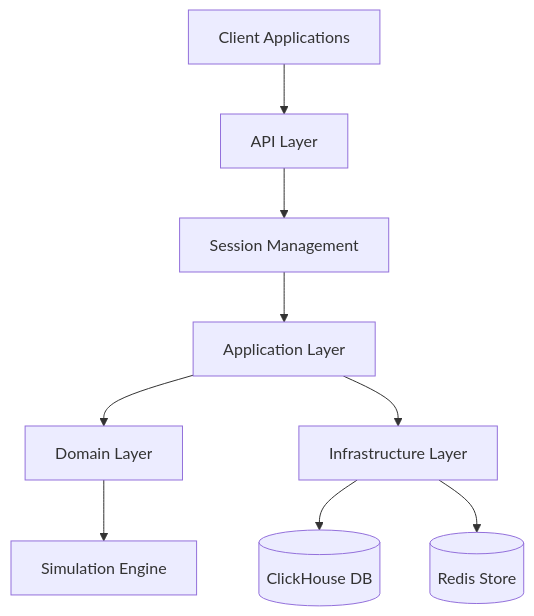
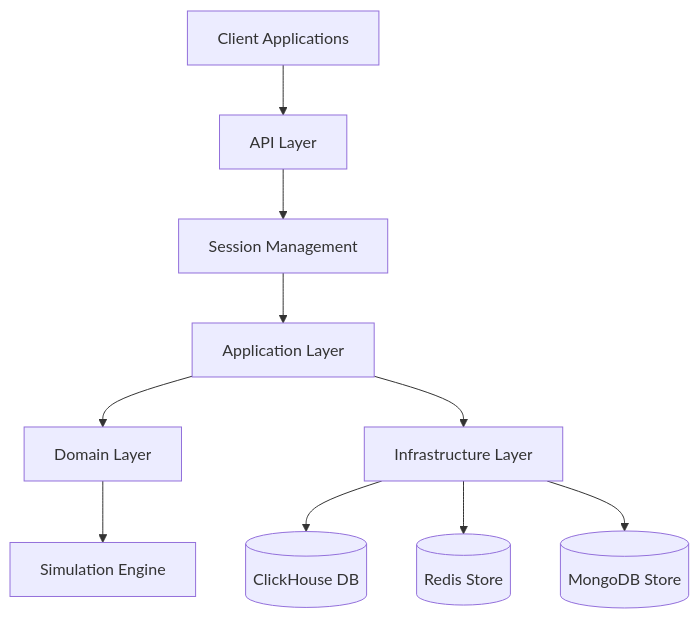
One commit to joaquinbejar/OptionChain-Simulator changed the first of 5 diagrams in README.md. Above: the diagram before and after it, drawn with Mermaid. The commit also changed 1 other file, not shown here.

Commit message:
Add MongoDB integration to documentation
Updated README and source code comments to include MongoDB as part of the infrastructure. This ensures consistency and clarity on supported components.

````diff
--- a/README.md
+++ b/README.md
@@ -22,11 +22,12 @@
 ```mermaid
 flowchart TD
 Client[Client Applications] --> API[API Layer]
 API --> SM[Session Management]
 SM --> App[Application Layer]
 App --> Domain[Domain Layer]
 App --> Infra[Infrastructure Layer]
 Domain --> SimEngine[Simulation Engine]
 Infra --> ClickHouse[(ClickHouse DB)]
 Infra --> Redis[(Redis Store)]
+Infra --> MongoDB[(MongoDB Store)]
 ```
````
